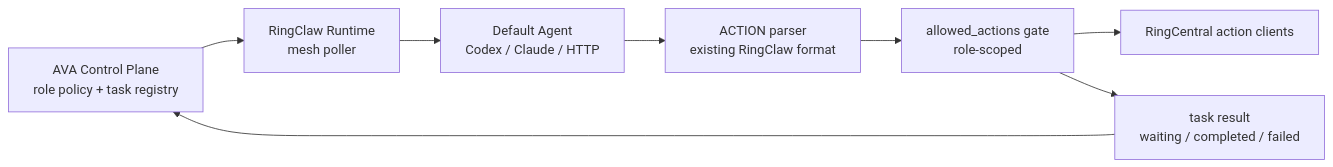
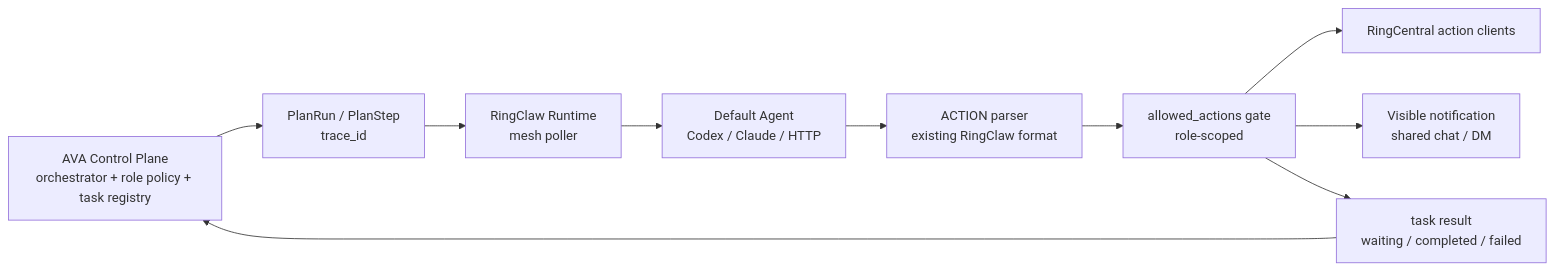
The fourth of 9 diagrams in docs/architecture/personal-ava-bot-platform.md (ringclaw/ringclaw), drawn with Mermaid before and after one commit. The commit also changed other lines of this file, not shown here.

Commit message:
docs: update agent mesh runtime architecture

````diff
--- a/docs/architecture/personal-ava-bot-platform.md
+++ b/docs/architecture/personal-ava-bot-platform.md
@@ -170,10 +171,12 @@
 ```mermaid
 flowchart LR
-  CP["AVA Control Plane<br/>role policy + task registry"] --> Poll["RingClaw Runtime<br/>mesh poller"]
+  CP["AVA Control Plane<br/>orchestrator + role policy + task registry"] --> Plan["PlanRun / PlanStep<br/>trace_id"]
+  Plan --> Poll["RingClaw Runtime<br/>mesh poller"]
   Poll --> Agent["Default Agent<br/>Codex / Claude / HTTP"]
   Agent --> Parser["ACTION parser<br/>existing RingClaw format"]
   Parser --> Gate["allowed_actions gate<br/>role-scoped"]
   Gate --> RC["RingCentral action clients"]
+  Gate --> Visible["Visible notification<br/>shared chat / DM"]
   Gate --> Result["task result<br/>waiting / completed / failed"]
   Result --> CP
 ```
````
